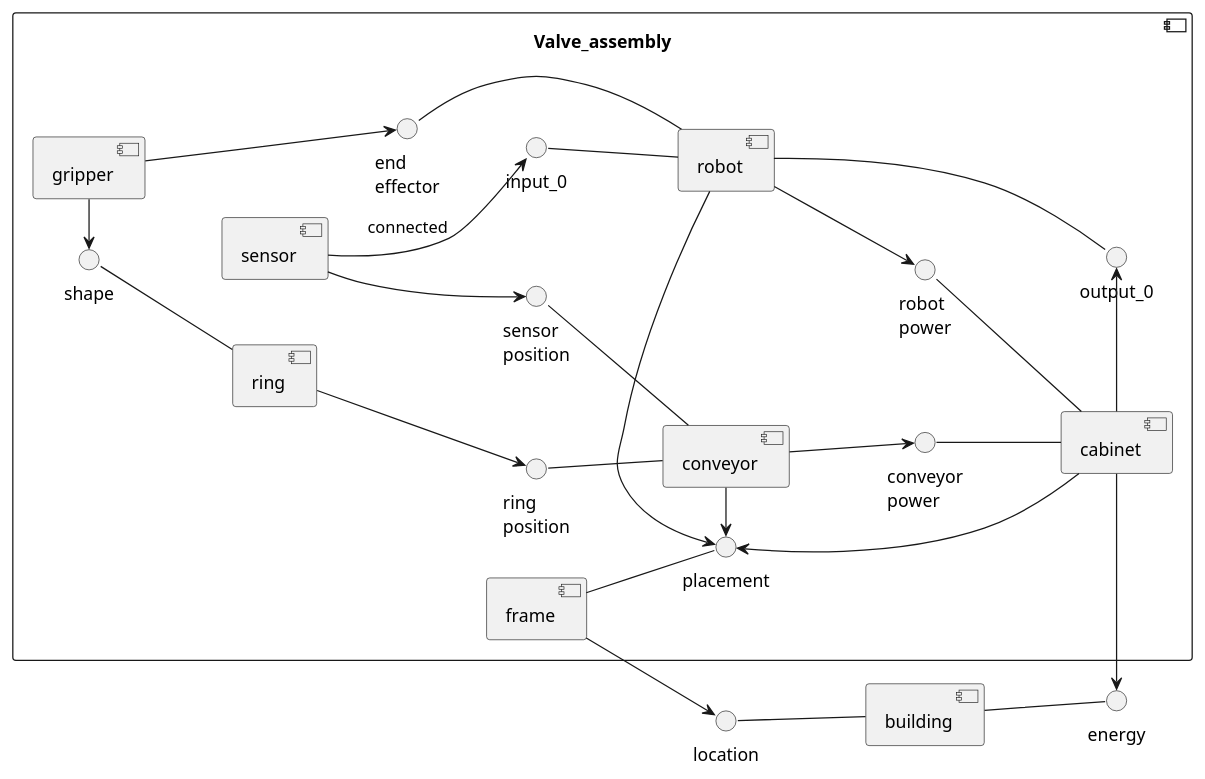
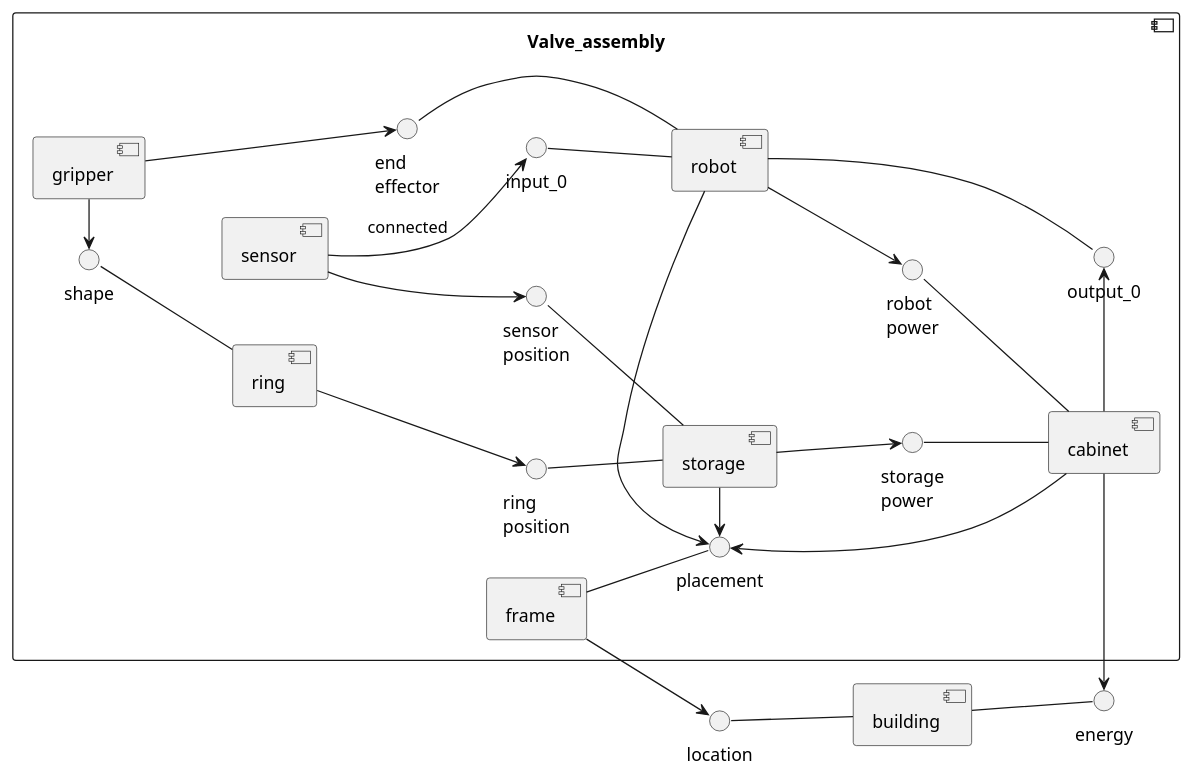
Before and after one commit to Timon14kraan/Project-Proces-and-Safety: the second of 2 diagrams in src/Introduction.md, drawn with PlantUML. The commit also changed 2 other files, not shown here.

````diff
--- a/src/Introduction.md
+++ b/src/Introduction.md
@@ -65,55 +65,55 @@
 ```plantuml
 @startuml Process_and_Safety
 skinparam backgroundColor transparent
 left to right direction
 'skinparam linetype ortho
 
 component Valve_assembly {
     
     [frame]
     () placement -u- frame
     [robot]
     () input_0 -- robot
     () output_0 -- robot
     () "end\neffector" -- robot
 
     [sensor]
     sensor --> input_0 : connected
     sensor --> "sensor\nposition"
     
     robot -> placement
 
     [cabinet]
     () "robot\npower" -- cabinet
-    () "conveyor\npower" -- cabinet
+    () "storage\npower" -- cabinet
    
     cabinet -u-> placement
     robot --> "robot\npower"
     cabinet -r-> output_0
     
-    [conveyor]
-    () "sensor\nposition" -- conveyor
-    () "ring\nposition" -- conveyor
-    conveyor -> placement
-    conveyor --> "conveyor\npower"
+    [storage]
+    () "sensor\nposition" -- storage
+    () "ring\nposition" -- storage
+    storage -> placement
+    storage --> "storage\npower"
 
     [ring]
     () shape -- ring
     
     [gripper]
     gripper -l-> shape
     
     ring --> "ring\nposition"
     gripper --> "end\neffector"
 }
 
 [building]
 
 () energy -l- building
 () location -d- building
 
 frame --> location
 cabinet -r-> energy
 
 @enduml
 ```
````
